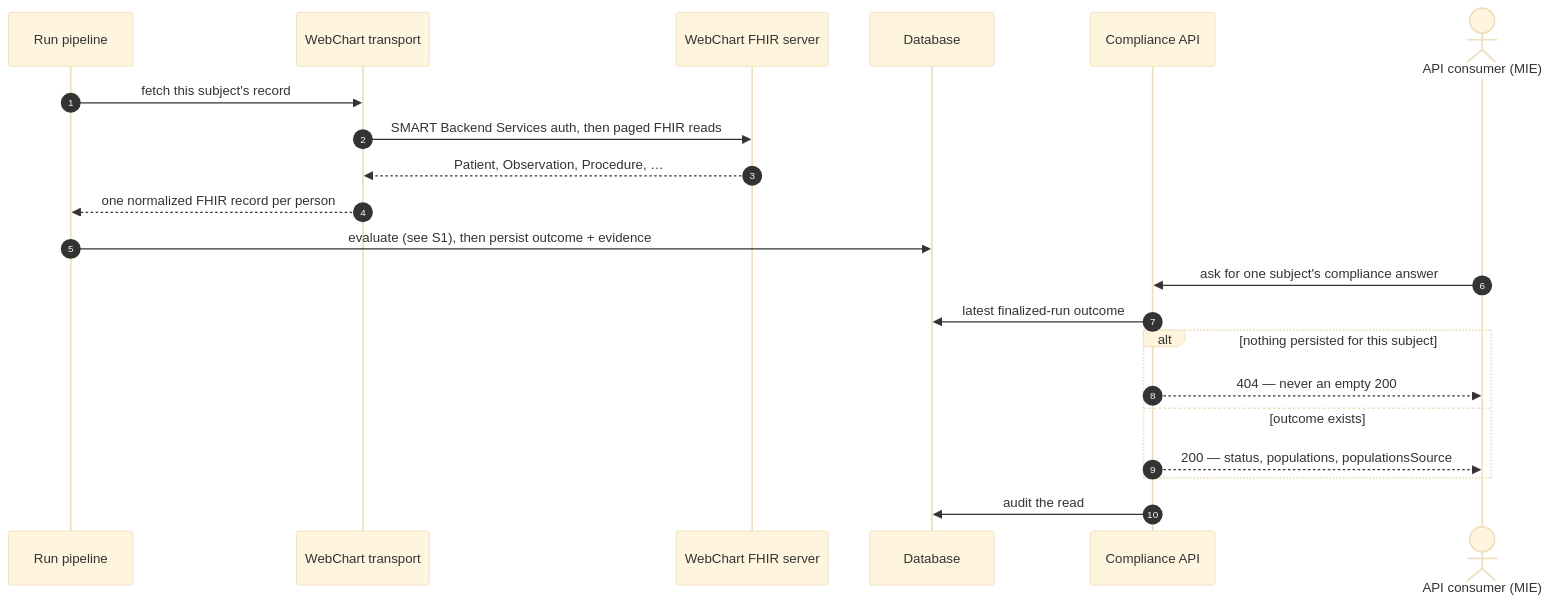
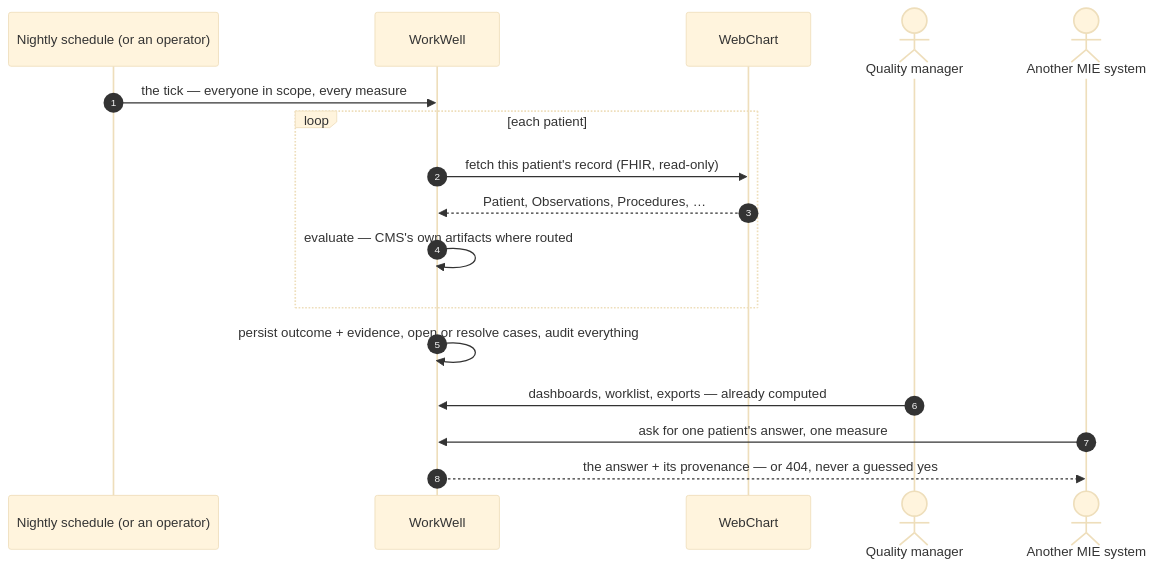
Before and after one commit to Taleef7/workwell: the first of 2 diagrams in docs/guide/10-scenarios.md, drawn with Mermaid (base theme). The commit also changed other lines of this file and 7 other files, not shown here.

First line of the commit message:
fix(fhir): apply the CQM IG membership formulas per subject (ADR-069) (#484)

````diff
--- a/docs/guide/10-scenarios.md
+++ b/docs/guide/10-scenarios.md
@@ -132,23 +44,19 @@
 ```mermaid
 sequenceDiagram
   autonumber
-  participant Pipe as Run pipeline
-  participant TX as WebChart transport
-  participant WC as WebChart FHIR server
-  participant DB as Database
-  participant CAPI as Compliance API
-  actor MIE as API consumer (MIE)
-  Pipe->>TX: fetch this subject's record
-  TX->>WC: SMART Backend Services auth, then paged FHIR reads
-  WC-->>TX: Patient, Observation, Procedure, …
-  TX-->>Pipe: one normalized FHIR record per person
-  Pipe->>DB: evaluate (see S1), then persist outcome + evidence
-  MIE->>CAPI: ask for one subject's compliance answer
-  CAPI->>DB: latest finalized-run outcome
-  alt nothing persisted for this subject
-    CAPI-->>MIE: 404 — never an empty 200
-  else outcome exists
-    CAPI-->>MIE: 200 — status, populations, populationsSource
+  participant SCH as Nightly schedule (or an operator)
+  participant WW as WorkWell
+  participant WC as WebChart
+  actor MGR as Quality manager
+  actor MIE as Another MIE system
+  SCH->>WW: the tick — everyone in scope, every measure
+  loop each patient
+    WW->>WC: fetch this patient's record (FHIR, read-only)
+    WC-->>WW: Patient, Observations, Procedures, …
+    WW->>WW: evaluate — CMS's own artifacts where routed
   end
-  CAPI->>DB: audit the read
+  WW->>WW: persist outcome + evidence, open or resolve cases, audit everything
+  MGR->>WW: dashboards, worklist, exports — already computed
+  MIE->>WW: ask for one patient's answer, one measure
+  WW-->>MIE: the answer + its provenance — or 404, never a guessed yes
 ```
````
